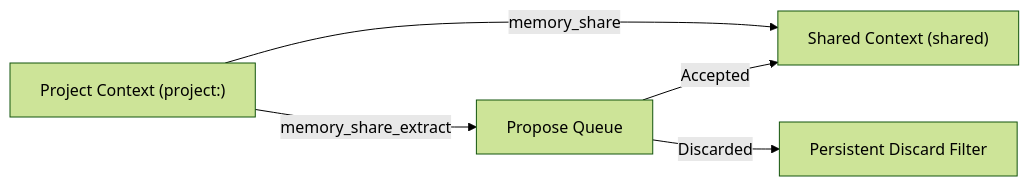
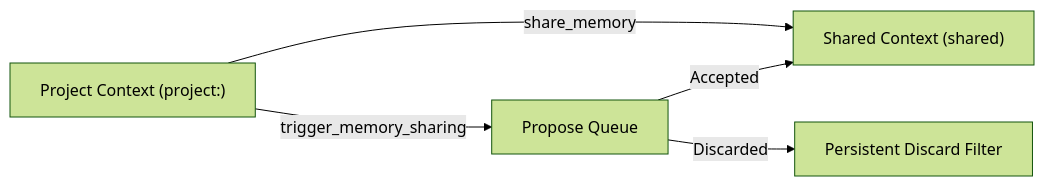
The fourth of 6 diagrams in docs/explanation/agent-memory-capabilities.md (Arasz/ai-raccoon), drawn with Mermaid (forest theme) before and after one commit. The commit also changed other lines of this file and 229 other files, not shown here.

````diff
--- a/docs/explanation/agent-memory-capabilities.md
+++ b/docs/explanation/agent-memory-capabilities.md
@@ -93,7 +93,7 @@
 ```mermaid
 flowchart LR
-    ProjMem["Project Context (project:<id>)"] -->|memory_share| SharedMem["Shared Context (shared)"]
-    ProjMem -->|memory_share_extract| ProposeQueue["Propose Queue"]
+    ProjMem["Project Context (project:<id>)"] -->|share_memory| SharedMem["Shared Context (shared)"]
+    ProjMem -->|trigger_memory_sharing| ProposeQueue["Propose Queue"]
     ProposeQueue -->|Accepted| SharedMem
     ProposeQueue -->|Discarded| DiscardStore["Persistent Discard Filter"]
 ```
````
